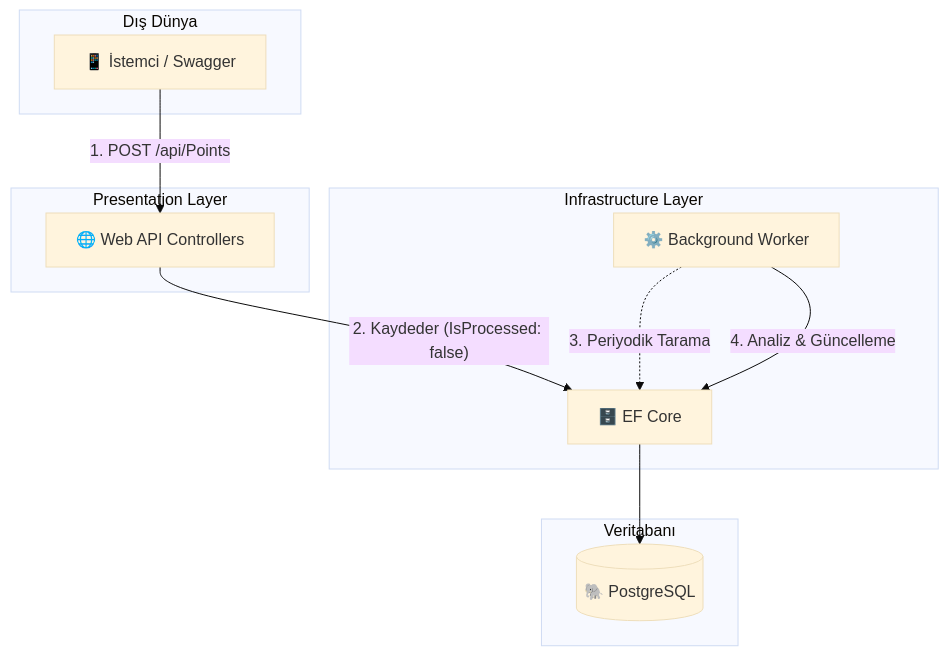
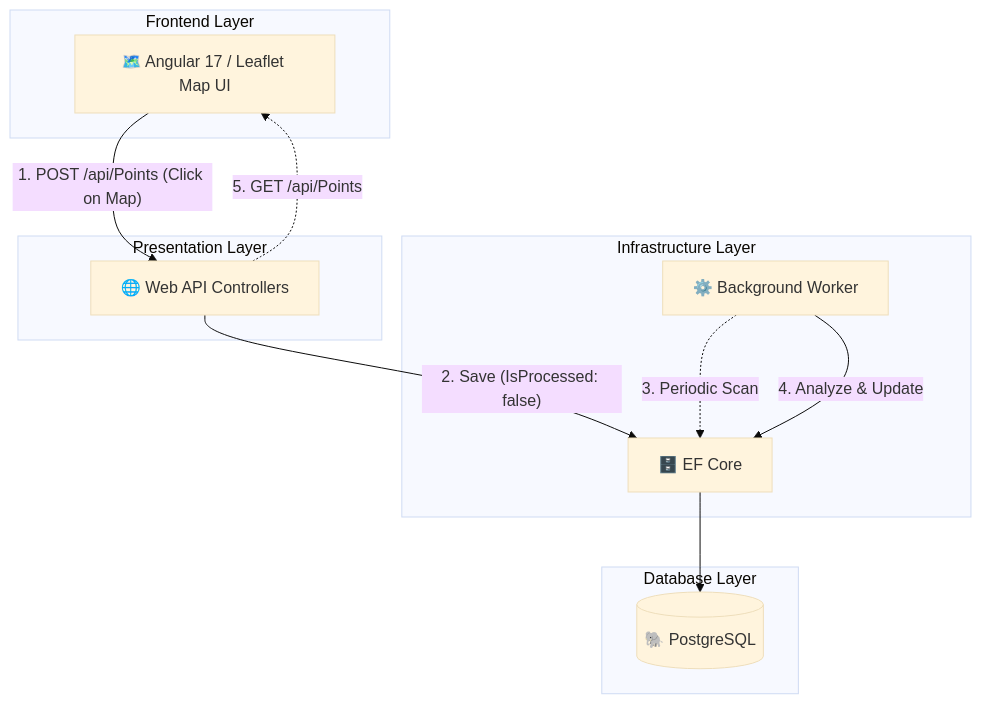
One commit to deryaozturkk/GeoTrackerAnalyticsHub changed the diagram in README.md. Above: the diagram before and after it, drawn with Mermaid (base theme). The commit also changed other lines of this file and 24 other files, not shown here.

Commit message:
feat: The integration of Angular with Leaflet and the C# API connection have been completed

````diff
--- a/README.md
+++ b/README.md
@@ -37,26 +50,28 @@
 ```mermaid
 graph TD
-    subgraph "Dış Dünya"
-        Client[📱 İstemci / Swagger]
+    subgraph "Frontend Layer"
+        CLIENT[🗺️ Angular 17 / Leaflet Map UI]
     end
 
     subgraph "Presentation Layer"
         API[🌐 Web API Controllers]
     end
 
     subgraph "Infrastructure Layer"
         DB_CTX[🗄️ EF Core]
         WORKER[⚙️ Background Worker]
     end
 
-    subgraph "Veritabanı"
+    subgraph "Database Layer"
         DB[(🐘 PostgreSQL)]
     end
 
-    Client -- "1. POST /api/Points" --> API
-    API -- "2. Kaydeder (IsProcessed: false)" --> DB_CTX
+    CLIENT -- "1. POST /api/Points (Click on Map)" --> API
+    API -- "2. Save (IsProcessed: false)" --> DB_CTX
     DB_CTX --> DB
-    
-    WORKER -. "3. Periyodik Tarama" .-> DB_CTX
-    WORKER -- "4. Analiz & Güncelleme" --> DB_CTX
+
+    WORKER -. "3. Periodic Scan" .-> DB_CTX
+    WORKER -- "4. Analyze & Update" --> DB_CTX
+
+    API -. "5. GET /api/Points" .-> CLIENT
 ```
````
